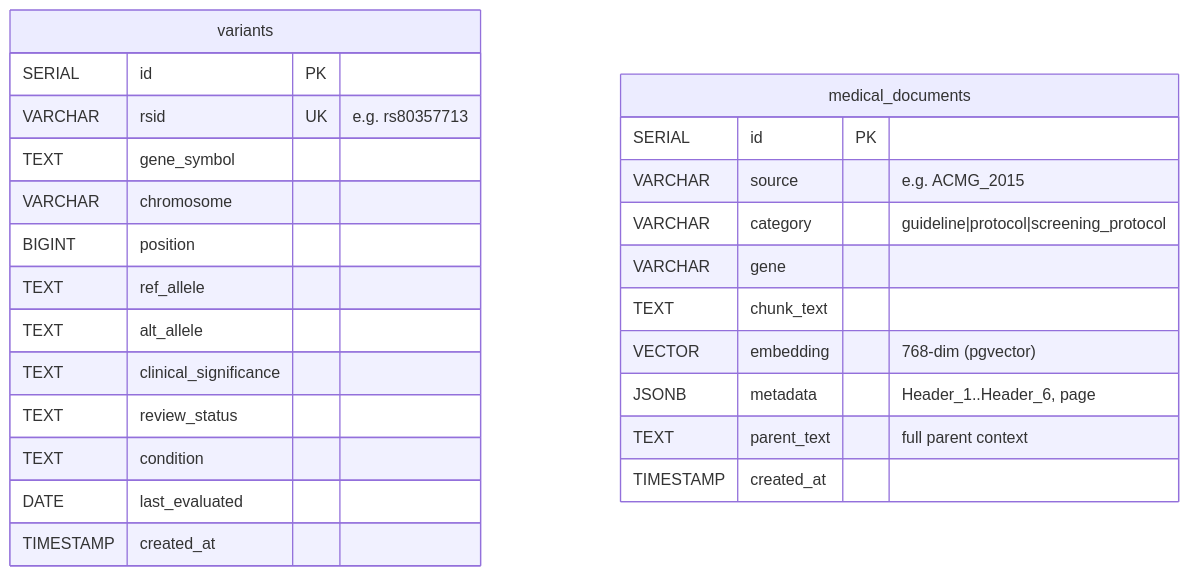
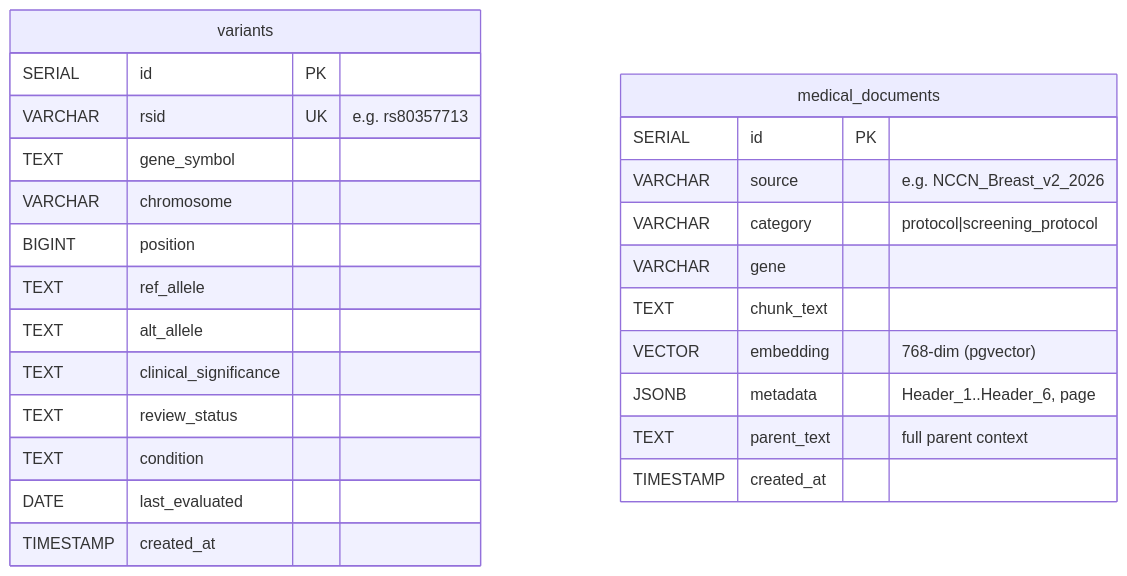
Diagram 12 of 13 in project_analysis.md (RenX86/Privacy-Preserving-CDSS), drawn with Mermaid before and after one commit. The commit also changed other lines of this file and 14 other files, not shown here.

````diff
--- a/project_analysis.md
+++ b/project_analysis.md
@@ -434,29 +428,29 @@
 ```mermaid
 erDiagram
     variants {
         SERIAL id PK
         VARCHAR rsid UK "e.g. rs80357713"
         TEXT gene_symbol
         VARCHAR chromosome
         BIGINT position
         TEXT ref_allele
         TEXT alt_allele
         TEXT clinical_significance
         TEXT review_status
         TEXT condition
         DATE last_evaluated
         TIMESTAMP created_at
     }
 
     medical_documents {
         SERIAL id PK
-        VARCHAR source "e.g. ACMG_2015"
-        VARCHAR category "guideline|protocol|screening_protocol"
+        VARCHAR source "e.g. NCCN_Breast_v2_2026"
+        VARCHAR category "protocol|screening_protocol"
         VARCHAR gene
         TEXT chunk_text
         VECTOR embedding "768-dim (pgvector)"
         JSONB metadata "Header_1..Header_6, page"
         TEXT parent_text "full parent context"
         TIMESTAMP created_at
     }
 ```
````
